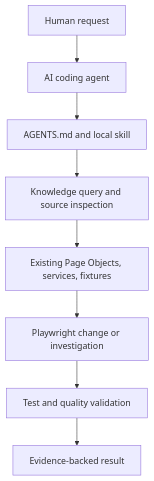
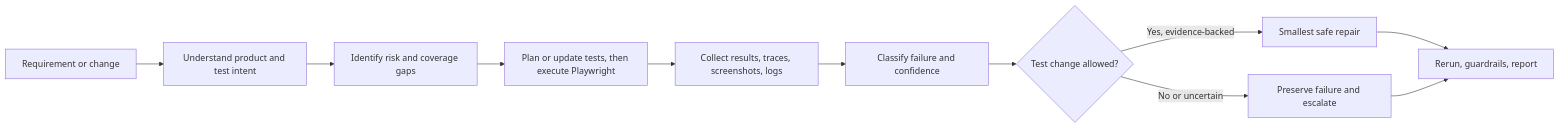
The diagram in README.md (Mallikarjun-Roddannavar/playwright-agentic-automation), drawn with Mermaid before and after one commit. The commit also changed other lines of this file and 55 other files, not shown here.

Commit message:
feat(agentic-qa): add evidence-driven QA workflows, safe healing, and second-brain guidance

````diff
--- a/README.md
+++ b/README.md
@@ -60,10 +26,13 @@
 ```mermaid
-flowchart TD
-    A[Human request] --> B[AI coding agent]
-    B --> C[AGENTS.md and local skill]
-    C --> D[Knowledge query and source inspection]
-    D --> E[Existing Page Objects, services, fixtures]
-    E --> F[Playwright change or investigation]
-    F --> G[Test and quality validation]
-    G --> H[Evidence-backed result]
+flowchart LR
+    Requirement[Requirement or change] --> Understand[Understand product and test intent]
+    Understand --> Risk[Identify risk and coverage gaps]
+    Risk --> Execute[Plan or update tests, then execute Playwright]
+    Execute --> Evidence[Collect results, traces, screenshots, logs]
+    Evidence --> Diagnose[Classify failure and confidence]
+    Diagnose --> Decision{Test change allowed?}
+    Decision -->|Yes, evidence-backed| Repair[Smallest safe repair]
+    Decision -->|No or uncertain| Preserve[Preserve failure and escalate]
+    Repair --> Rerun[Rerun, guardrails, report]
+    Preserve --> Rerun
 ```
````
